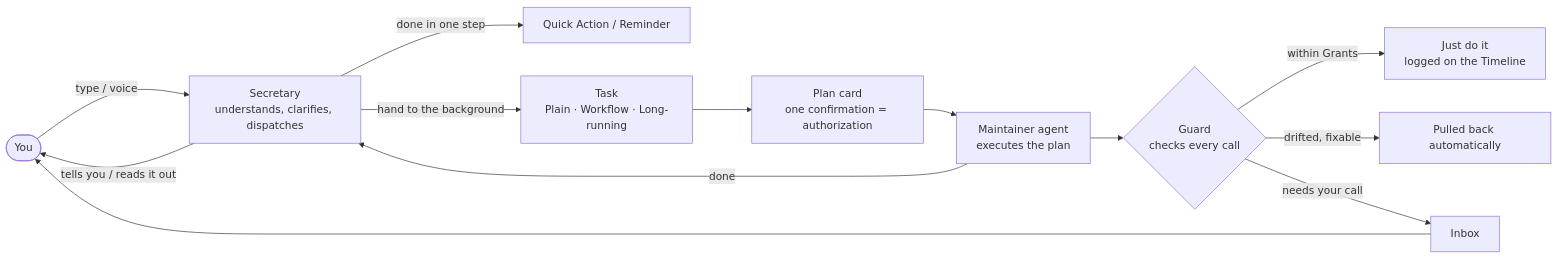
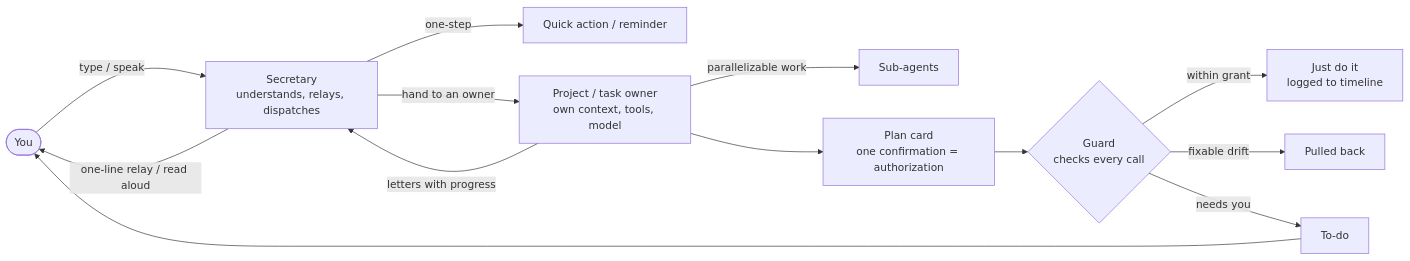
One commit to catmaniii/ergo changed the first of 2 diagrams in README.en.md. Above: the diagram before and after it, drawn with Mermaid. The commit also changed other lines of this file and 2 other files, not shown here.

````diff
--- a/README.en.md
+++ b/README.en.md
@@ -31,15 +35,15 @@
 ```mermaid
 flowchart LR
-    U(["You"]) -->|"type / voice"| SEC["Secretary<br/>understands, clarifies, dispatches"]
-    SEC -->|"done in one step"| QA["Quick Action / Reminder"]
-    SEC -->|"hand to the background"| T["Task<br/>Plain · Workflow · Long-running"]
-    T --> PLAN["Plan card<br/>one confirmation = authorization"]
-    PLAN --> M["Maintainer agent<br/>executes the plan"]
-    M --> G{"Guard<br/>checks every call"}
-    G -->|"within Grants"| GO["Just do it<br/>logged on the Timeline"]
-    G -->|"drifted, fixable"| FIX["Pulled back automatically"]
-    G -->|"needs your call"| INBOX["Inbox"]
+    U(["You"]) -->|"type / speak"| SEC["Secretary<br/>understands, relays, dispatches"]
+    SEC -->|"one-step"| QA["Quick action / reminder"]
+    SEC -->|"hand to an owner"| M["Project / task owner<br/>own context, tools, model"]
+    M -->|"parallelizable work"| SUB["Sub-agents"]
+    M --> PLAN["Plan card<br/>one confirmation = authorization"]
+    PLAN --> G{"Guard<br/>checks every call"}
+    G -->|"within grant"| GO["Just do it<br/>logged to timeline"]
+    G -->|"fixable drift"| FIX["Pulled back"]
+    G -->|"needs you"| INBOX["To-do"]
     INBOX --> U
-    M -->|"done"| SEC
-    SEC -->|"tells you / reads it out"| U
+    M -->|"letters with progress"| SEC
+    SEC -->|"one-line relay / read aloud"| U
 ```
````
